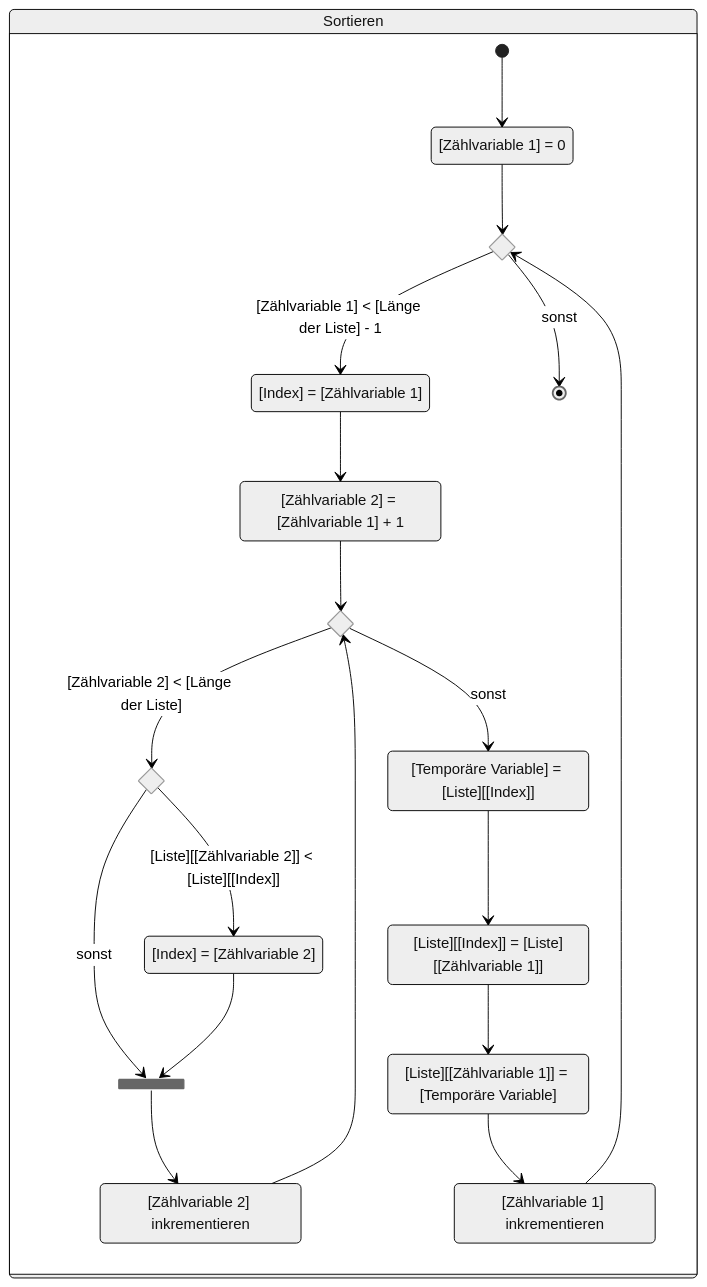
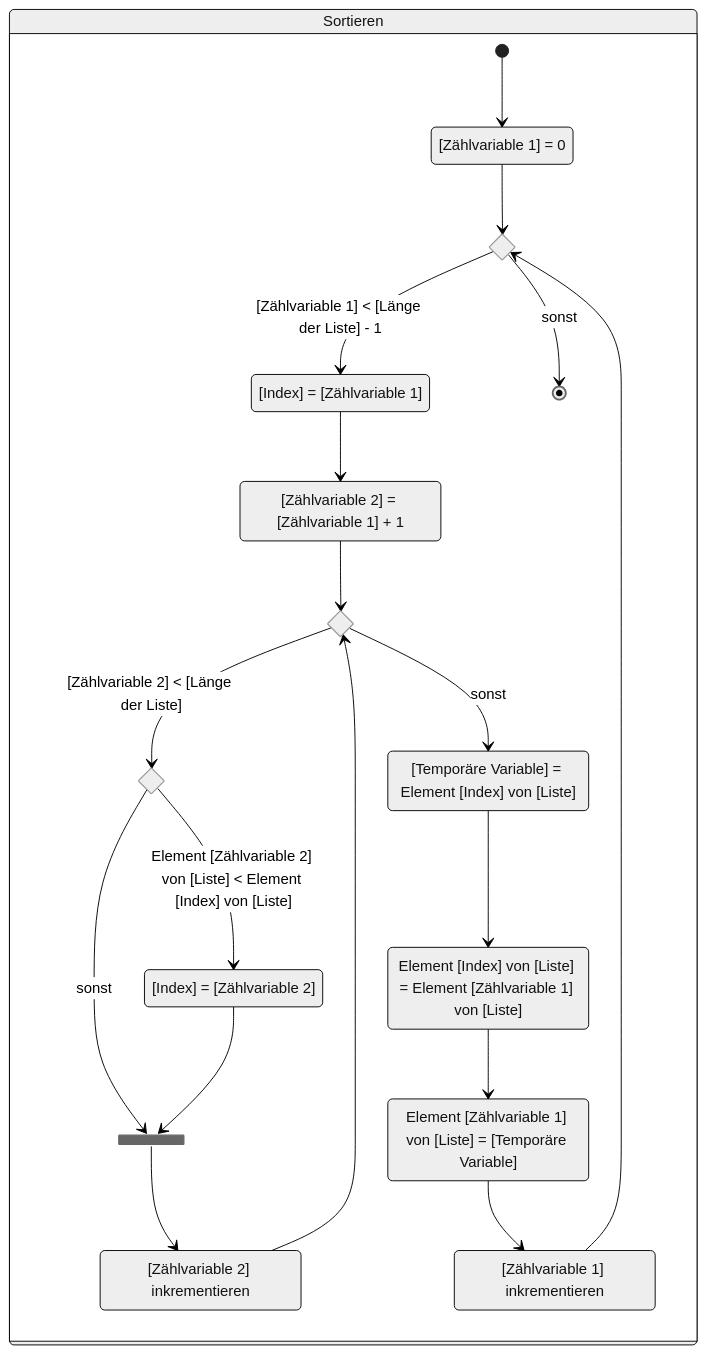
Before and after one commit to jappuccini/java-docs: the third of 3 diagrams in docs/exam-exercises/exam-exercises-java1/activity-diagrams/selection-sort.md, drawn with Mermaid (neutral theme). The commit also changed 2 other files, not shown here.

Commit message:
Update Array Access Representation

````diff
--- a/docs/exam-exercises/exam-exercises-java1/activity-diagrams/selection-sort.md
+++ b/docs/exam-exercises/exam-exercises-java1/activity-diagrams/selection-sort.md
@@ -41,37 +41,37 @@
 ```mermaid
 stateDiagram-v2
     state "[Zählvariable 1] = 0" as state1
     state "[Index] = [Zählvariable 1]" as state2
     state "[Zählvariable 2] = [Zählvariable 1] + 1" as state3
     state "[Index] = [Zählvariable 2]" as state4
     state "[Zählvariable 2] inkrementieren" as state5
-    state "[Temporäre Variable] = [Liste][[Index]]" as state6
-    state "[Liste][[Index]] = [Liste][[Zählvariable 1]]" as state7
-    state "[Liste][[Zählvariable 1]] = [Temporäre Variable]" as state8
+    state "[Temporäre Variable] = Element [Index] von [Liste]" as state6
+    state "Element [Index] von [Liste] = Element [Zählvariable 1] von [Liste]" as state7
+    state "Element [Zählvariable 1] von [Liste] = [Temporäre Variable]" as state8
     state "[Zählvariable 1] inkrementieren" as state9
 
     state if1 <<choice>>
     state if2 <<choice>>
     state if3 <<choice>>
     state fork1 <<fork>>
 
     state "Sortieren" as sort {
         [*] --> state1
         state1 --> if1
         if1 --> state2: [Zählvariable 1] < [Länge der Liste] - 1
         if1 --> [*]: sonst
         state2 --> state3
         state3 --> if2
         if2 --> if3: [Zählvariable 2] < [Länge der Liste]
         if2 --> state6: sonst
-        if3 --> state4: [Liste][[Zählvariable 2]] < [Liste][[Index]]
+        if3 --> state4: Element [Zählvariable 2] von [Liste] < Element [Index] von [Liste]
         if3 --> fork1: sonst
         state4 --> fork1
         fork1 --> state5
         state5 --> if2
         state6 --> state7
         state7 --> state8
         state8 --> state9
         state9 --> if1
     }
 ```
````
